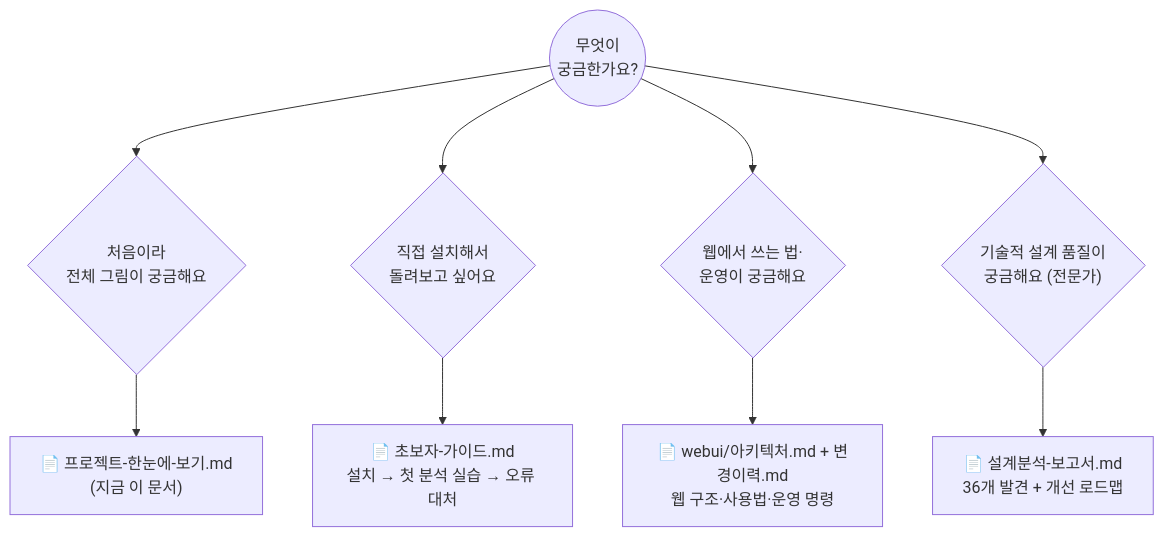
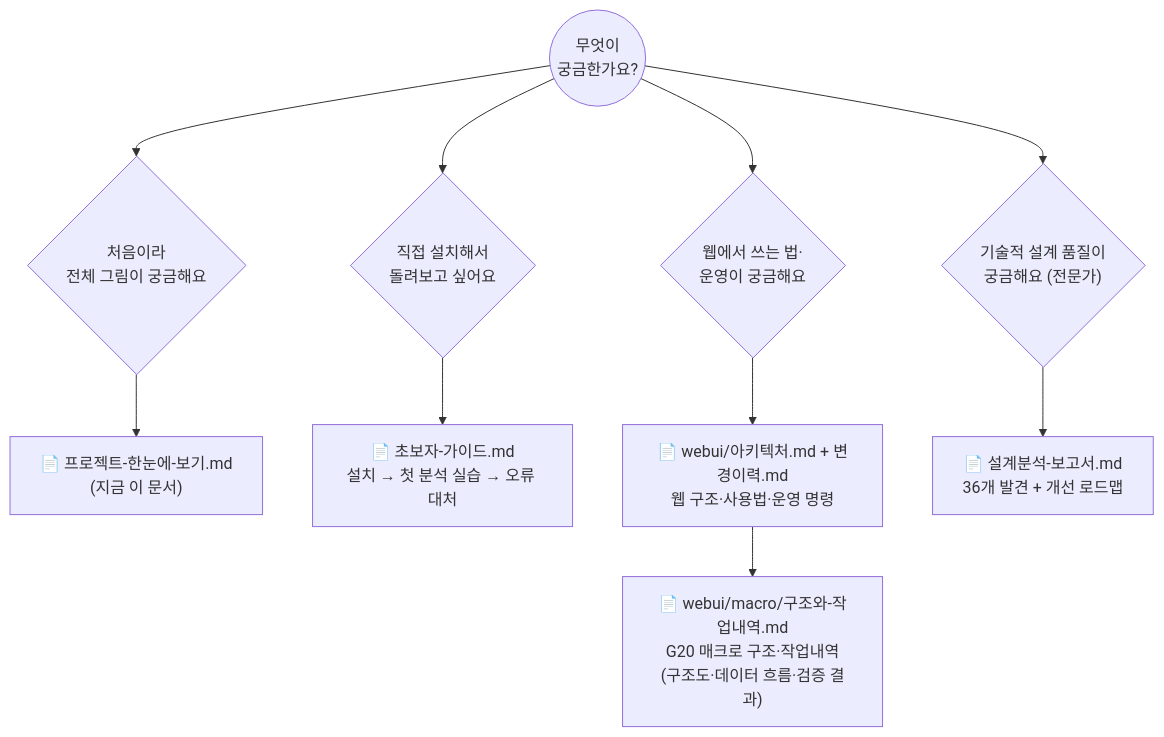
One commit to sns800/TradingAgents changed the eighth of 8 diagrams in 프로젝트-한눈에-보기.md. Above: the diagram before and after it, drawn with Mermaid. The commit also changed other lines of this file and 104 other files, not shown here.

First line of the commit message:
feat(webui): G20 매크로·정치 대시보드 추가 (수집기·API·프론트·인프라) + 카탈로그 개편 포함

````diff
--- a/프로젝트-한눈에-보기.md
+++ b/프로젝트-한눈에-보기.md
@@ -203,11 +204,12 @@
 ```mermaid
 flowchart TD
     START(("무엇이<br/>궁금한가요?")) --> A{"처음이라<br/>전체 그림이 궁금해요"}
     START --> B{"직접 설치해서<br/>돌려보고 싶어요"}
     START --> C{"웹에서 쓰는 법·<br/>운영이 궁금해요"}
     START --> D{"기술적 설계 품질이<br/>궁금해요 (전문가)"}
     A --> DOC1["📄 프로젝트-한눈에-보기.md<br/>(지금 이 문서)"]
     B --> DOC2["📄 초보자-가이드.md<br/>설치 → 첫 분석 실습 → 오류 대처"]
     C --> DOC3["📄 webui/아키텍처.md + 변경이력.md<br/>웹 구조·사용법·운영 명령"]
+    DOC3 --> DOC5["📄 webui/macro/구조와-작업내역.md<br/>G20 매크로 구조·작업내역<br/>(구조도·데이터 흐름·검증 결과)"]
     D --> DOC4["📄 설계분석-보고서.md<br/>36개 발견 + 개선 로드맵"]
 ```
````
